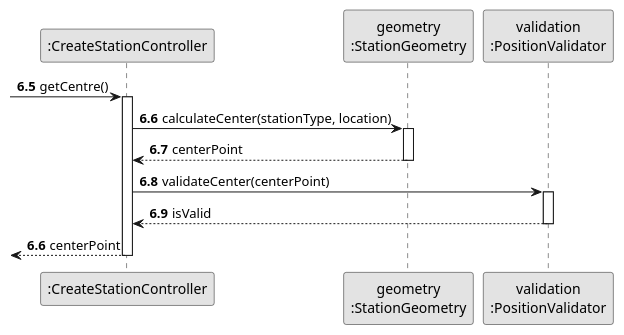
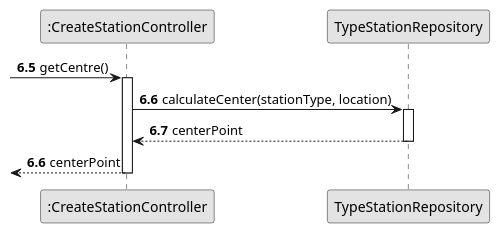
One commit to Andremonteiro1240850/railway_simulator changed the diagram in docs/system-documentation/US05/03.Design/puml/SSD-Define-Centre.puml. Above: the diagram before and after it, drawn with PlantUML. The commit also changed 42 other files, not shown here.

```diff
--- a/docs/system-documentation/US05/03.Design/puml/SSD-Define-Centre.puml
+++ b/docs/system-documentation/US05/03.Design/puml/SSD-Define-Centre.puml
@@ -1,27 +1,23 @@
 @startuml
 skinparam monochrome true
 skinparam packageStyle rectangle
 skinparam shadowing false
 
 participant ":CreateStationController" as CTRL
-participant "geometry\n:StationGeometry" as GEO
-participant "validation\n:PositionValidator" as VALID
+participant "TypeStationRepository" as GEO
+
 
 autonumber 6.5
 -> CTRL : getCentre()
 activate CTRL
 
         CTRL -> GEO : calculateCenter(stationType, location)
         activate GEO
             GEO --> CTRL : centerPoint
         deactivate GEO
 
-        CTRL -> VALID : validateCenter(centerPoint)
-        activate VALID
-            VALID --> CTRL : isValid
-        deactivate VALID
 
     autonumber 6.6
     <-- CTRL : centerPoint
 deactivate CTRL
 @enduml
```
